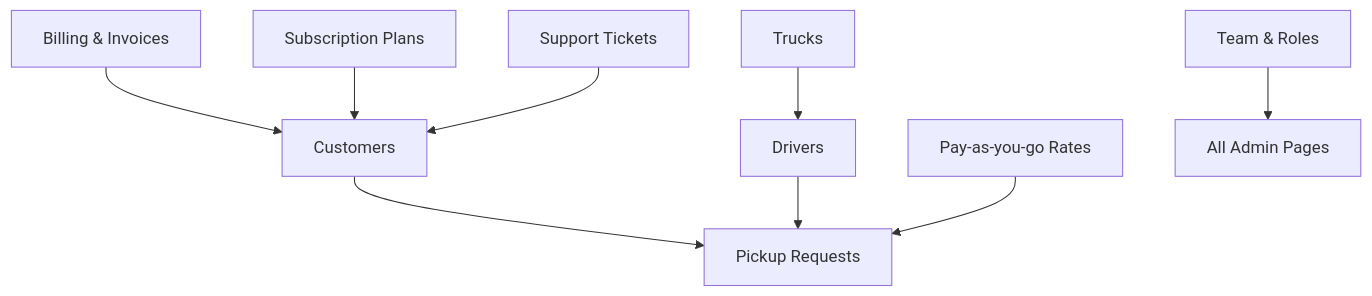
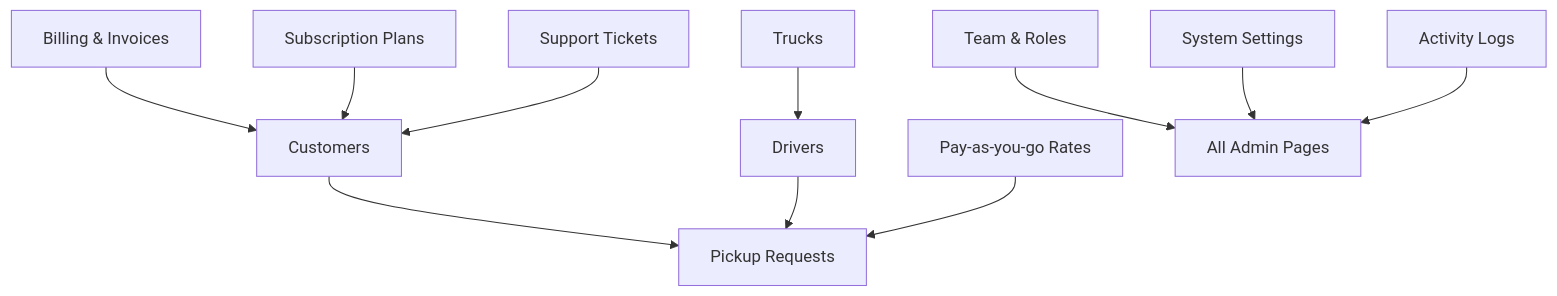
One commit to Lazynerd-Studios/lacarte-atlas-console changed diagram 11 of 12 in .qoder/repowiki/en/content/Business Modules/Business Modules.md. Above: the diagram before and after it, drawn with Mermaid. The commit also changed other lines of this file and 4 other files, not shown here.

````diff
--- a/.qoder/repowiki/en/content/Business Modules/Business Modules.md
+++ b/.qoder/repowiki/en/content/Business Modules/Business Modules.md
@@ -442,11 +511,13 @@
 ```mermaid
 graph TB
 Customers["Customers"] --> Pickups["Pickup Requests"]
 Drivers["Drivers"] --> Pickups
 Trucks["Trucks"] --> Drivers
 Billing["Billing & Invoices"] --> Customers
 Subscriptions["Subscription Plans"] --> Customers
 Rates["Pay-as-you-go Rates"] --> Pickups
 Team["Team & Roles"] --> All["All Admin Pages"]
 Support["Support Tickets"] --> Customers
+Settings["System Settings"] --> All
+ActivityLogs["Activity Logs"] --> All
 ```
````
